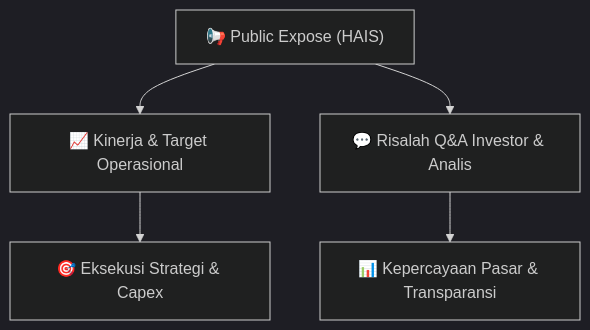
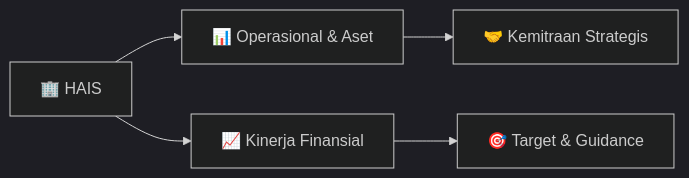
One commit to anYoneo/alphadigest-idx changed the diagram in reports/summaries/public-exposes/informasi-pubex/HAIS_Public_Expose_20260904.md. Above: the diagram before and after it, drawn with Mermaid (dark theme). The commit also changed other lines of this file and 526 other files, not shown here.

````diff
--- a/reports/summaries/public-exposes/informasi-pubex/HAIS_Public_Expose_20260904.md
+++ b/reports/summaries/public-exposes/informasi-pubex/HAIS_Public_Expose_20260904.md
@@ -15,7 +262,7 @@
 ```mermaid
-flowchart TD
-    A["📢 Public Expose (HAIS)"] --> B["📈 Kinerja & Target Operasional"]
-    A --> C["💬 Risalah Q&A Investor & Analis"]
-    B --> D["🎯 Eksekusi Strategi & Capex"]
-    C --> E["📊 Kepercayaan Pasar & Transparansi"]
+flowchart LR
+    A["🏢 HAIS"] --> B["📊 Operasional & Aset"]
+    A --> C["📈 Kinerja Finansial"]
+    B --> D["🤝 Kemitraan Strategis"]
+    C --> E["🎯 Target & Guidance"]
 ```
````
